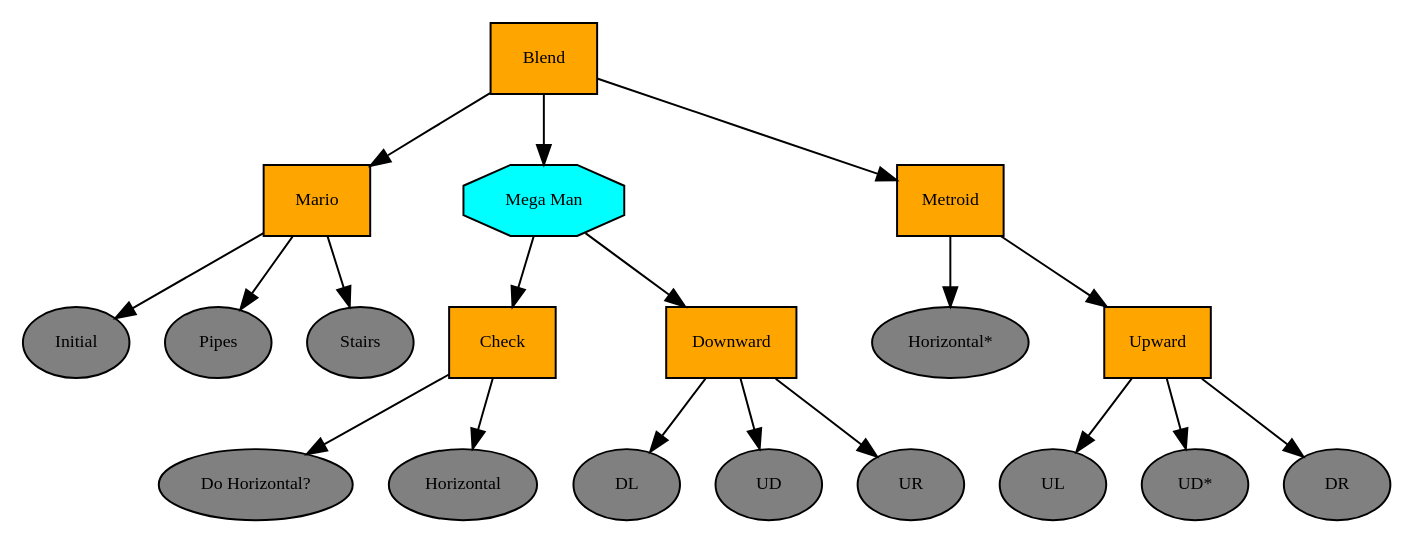
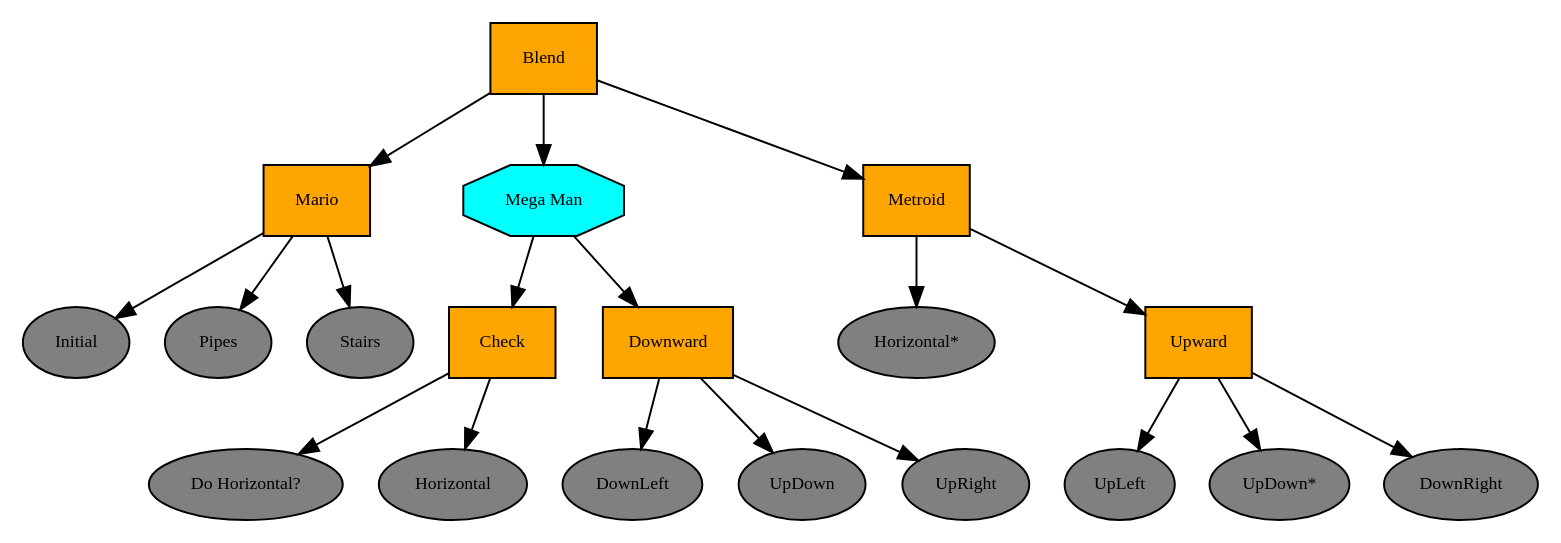
One commit to riffsircar/PCGBT changed the diagram in blend.dot. Above: the diagram before and after it, drawn with Graphviz. The commit also changed 82 other files, not shown here.

```diff
--- a/blend.dot
+++ b/blend.dot
@@ -1,43 +1,43 @@
 digraph pastafarianism {
 ordering=out;
 graph [fontname="times-roman"];
 node [fontname="times-roman"];
 edge [fontname="times-roman"];
 Blend [fillcolor=orange, fontcolor=black, fontsize=9, label=Blend, shape=box, style=filled];
 Mario [fillcolor=orange, fontcolor=black, fontsize=9, label=Mario, shape=box, style=filled];
 Blend -> Mario;
 Initial [fillcolor=gray, fontcolor=black, fontsize=9, label=Initial, shape=ellipse, style=filled];
 Mario -> Initial;
 Pipes [fillcolor=gray, fontcolor=black, fontsize=9, label=Pipes, shape=ellipse, style=filled];
 Mario -> Pipes;
 Stairs [fillcolor=gray, fontcolor=black, fontsize=9, label=Stairs, shape=ellipse, style=filled];
 Mario -> Stairs;
 "Mega Man" [fillcolor=cyan, fontcolor=black, fontsize=9, label="Mega Man", shape=octagon, style=filled];
 Blend -> "Mega Man";
 Check [fillcolor=orange, fontcolor=black, fontsize=9, label=Check, shape=box, style=filled];
 "Mega Man" -> Check;
 "Do Horizontal?" [fillcolor=gray, fontcolor=black, fontsize=9, label="Do Horizontal?", shape=ellipse, style=filled];
 Check -> "Do Horizontal?";
 Horizontal [fillcolor=gray, fontcolor=black, fontsize=9, label=Horizontal, shape=ellipse, style=filled];
 Check -> Horizontal;
 Downward [fillcolor=orange, fontcolor=black, fontsize=9, label=Downward, shape=box, style=filled];
 "Mega Man" -> Downward;
-DL [fillcolor=gray, fontcolor=black, fontsize=9, label=DL, shape=ellipse, style=filled];
-Downward -> DL;
-UD [fillcolor=gray, fontcolor=black, fontsize=9, label=UD, shape=ellipse, style=filled];
-Downward -> UD;
-UR [fillcolor=gray, fontcolor=black, fontsize=9, label=UR, shape=ellipse, style=filled];
-Downward -> UR;
+DownLeft [fillcolor=gray, fontcolor=black, fontsize=9, label=DownLeft, shape=ellipse, style=filled];
+Downward -> DownLeft;
+UpDown [fillcolor=gray, fontcolor=black, fontsize=9, label=UpDown, shape=ellipse, style=filled];
+Downward -> UpDown;
+UpRight [fillcolor=gray, fontcolor=black, fontsize=9, label=UpRight, shape=ellipse, style=filled];
+Downward -> UpRight;
 Metroid [fillcolor=orange, fontcolor=black, fontsize=9, label=Metroid, shape=box, style=filled];
 Blend -> Metroid;
 "Horizontal*" [fillcolor=gray, fontcolor=black, fontsize=9, label="Horizontal*", shape=ellipse, style=filled];
 Metroid -> "Horizontal*";
 Upward [fillcolor=orange, fontcolor=black, fontsize=9, label=Upward, shape=box, style=filled];
 Metroid -> Upward;
-UL [fillcolor=gray, fontcolor=black, fontsize=9, label=UL, shape=ellipse, style=filled];
-Upward -> UL;
-"UD*" [fillcolor=gray, fontcolor=black, fontsize=9, label="UD*", shape=ellipse, style=filled];
-Upward -> "UD*";
-DR [fillcolor=gray, fontcolor=black, fontsize=9, label=DR, shape=ellipse, style=filled];
-Upward -> DR;
+UpLeft [fillcolor=gray, fontcolor=black, fontsize=9, label=UpLeft, shape=ellipse, style=filled];
+Upward -> UpLeft;
+"UpDown*" [fillcolor=gray, fontcolor=black, fontsize=9, label="UpDown*", shape=ellipse, style=filled];
+Upward -> "UpDown*";
+DownRight [fillcolor=gray, fontcolor=black, fontsize=9, label=DownRight, shape=ellipse, style=filled];
+Upward -> DownRight;
 }
```
